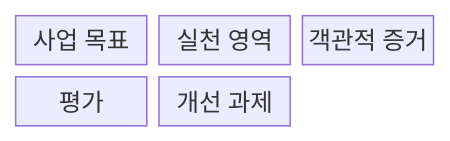
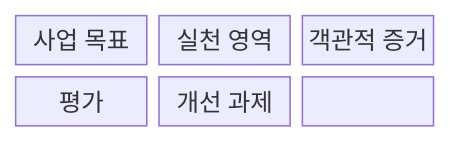
One commit to agnusdei1207/knowledge-base changed the first of 2 diagrams in src/content/docs/notes/03-software/070_cmmi_maturity_model.md. Above: the diagram before and after it, drawn with Mermaid. The commit also changed other lines of this file and 20 other files, not shown here.

````diff
--- a/src/content/docs/notes/03-software/070_cmmi_maturity_model.md
+++ b/src/content/docs/notes/03-software/070_cmmi_maturity_model.md
@@ -54,9 +62,10 @@
 ```mermaid
-block-beta
+block
   columns 3
   B["사업 목표"]
   P["실천 영역"]
   E["객관적 증거"]
   A["평가"]
   I["개선 과제"]
+  B --> P --> E --> A --> I
 ```
````
